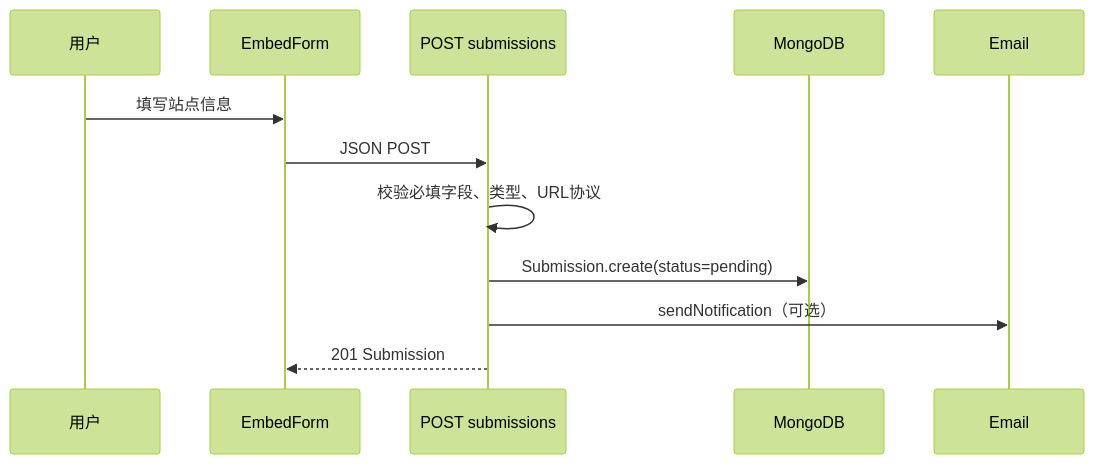
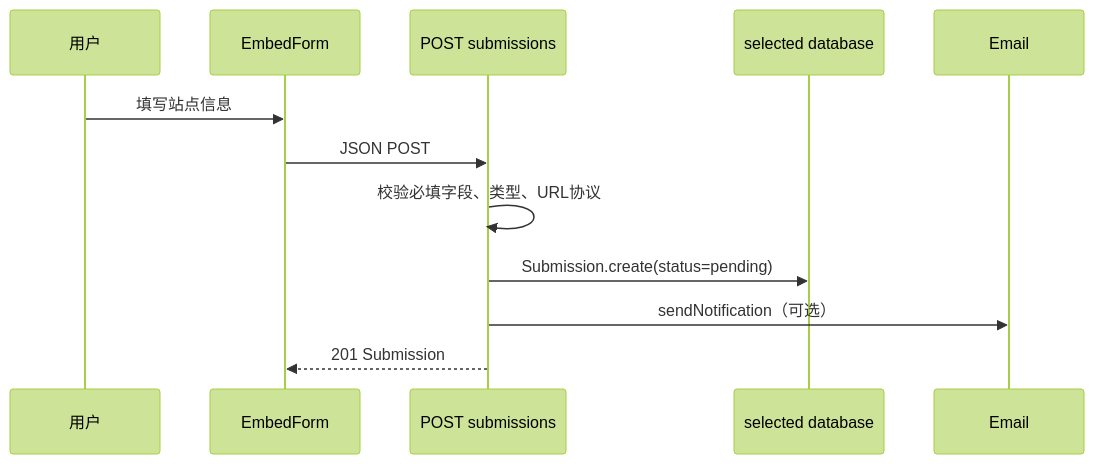
One commit to kmoretti/friendlink-verify changed the second of 3 diagrams in docs/code-wiki/data-and-flows.md. Above: the diagram before and after it, drawn with Mermaid (forest theme). The commit also changed other lines of this file and 52 other files, not shown here.

````diff
--- a/docs/code-wiki/data-and-flows.md
+++ b/docs/code-wiki/data-and-flows.md
@@ -55,15 +55,15 @@
 ```mermaid
 sequenceDiagram
   participant U as 用户
   participant F as EmbedForm
   participant API as POST submissions
-  participant DB as MongoDB
+  participant DB as selected database
   participant E as Email
 
   U->>F: 填写站点信息
   F->>API: JSON POST
   API->>API: 校验必填字段、类型、URL协议
   API->>DB: Submission.create(status=pending)
   API->>E: sendNotification（可选）
   API-->>F: 201 Submission
 ```
````
